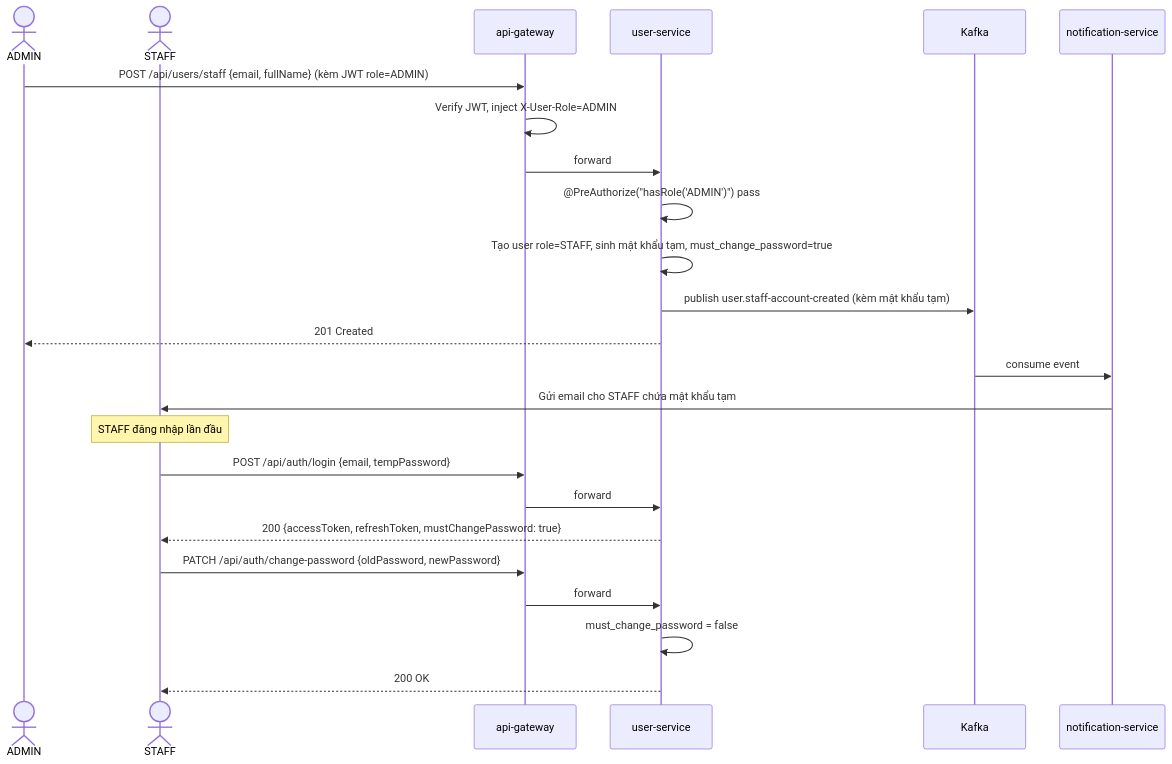
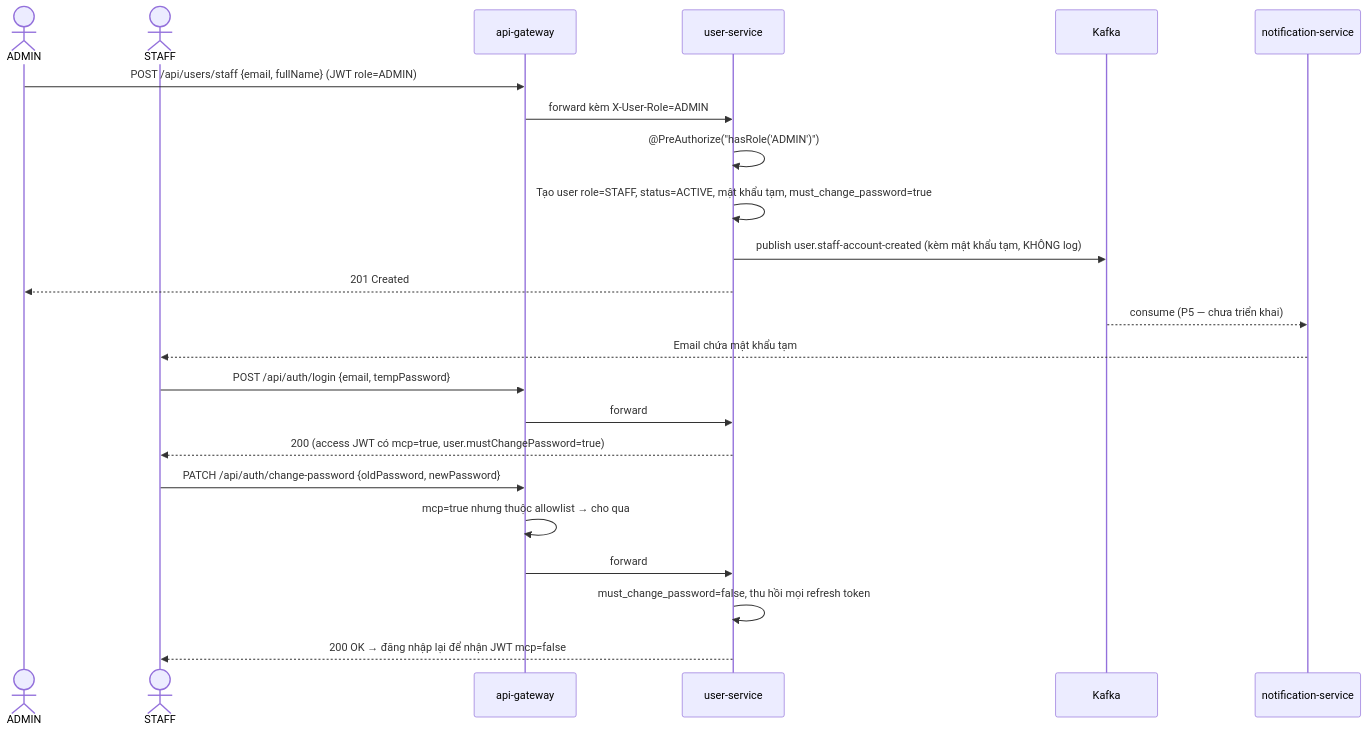
Before and after one commit to TrungLe05/vantix: the seventh of 8 diagrams in docs/auth/P1_auth_design.md, drawn with Mermaid. The commit also changed other lines of this file and 21 other files, not shown here.

````diff
--- a/docs/auth/P1_auth_design.md
+++ b/docs/auth/P1_auth_design.md
@@ -205,28 +217,27 @@
 ```mermaid
 sequenceDiagram
     actor A as ADMIN
     actor A2 as STAFF
     participant GW as api-gateway
     participant US as user-service
     participant K as Kafka
     participant N as notification-service
 
-    A->>GW: POST /api/users/staff {email, fullName} (kèm JWT role=ADMIN)
-    GW->>GW: Verify JWT, inject X-User-Role=ADMIN
-    GW->>US: forward
-    US->>US: @PreAuthorize("hasRole('ADMIN')") pass
-    US->>US: Tạo user role=STAFF, sinh mật khẩu tạm, must_change_password=true
-    US->>K: publish user.staff-account-created (kèm mật khẩu tạm)
+    A->>GW: POST /api/users/staff {email, fullName} (JWT role=ADMIN)
+    GW->>US: forward kèm X-User-Role=ADMIN
+    US->>US: @PreAuthorize("hasRole('ADMIN')")
+    US->>US: Tạo user role=STAFF, status=ACTIVE, mật khẩu tạm, must_change_password=true
+    US->>K: publish user.staff-account-created (kèm mật khẩu tạm, KHÔNG log)
     US-->>A: 201 Created
-    K->>N: consume event
-    N->>A2: Gửi email cho STAFF chứa mật khẩu tạm
+    K-->>N: consume (P5 — chưa triển khai)
+    N-->>A2: Email chứa mật khẩu tạm
 
-    Note over A2: STAFF đăng nhập lần đầu
     A2->>GW: POST /api/auth/login {email, tempPassword}
     GW->>US: forward
-    US-->>A2: 200 {accessToken, refreshToken, mustChangePassword: true}
+    US-->>A2: 200 (access JWT có mcp=true, user.mustChangePassword=true)
     A2->>GW: PATCH /api/auth/change-password {oldPassword, newPassword}
+    GW->>GW: mcp=true nhưng thuộc allowlist → cho qua
     GW->>US: forward
-    US->>US: must_change_password = false
-    US-->>A2: 200 OK
+    US->>US: must_change_password=false, thu hồi mọi refresh token
+    US-->>A2: 200 OK → đăng nhập lại để nhận JWT mcp=false
 ```
````
